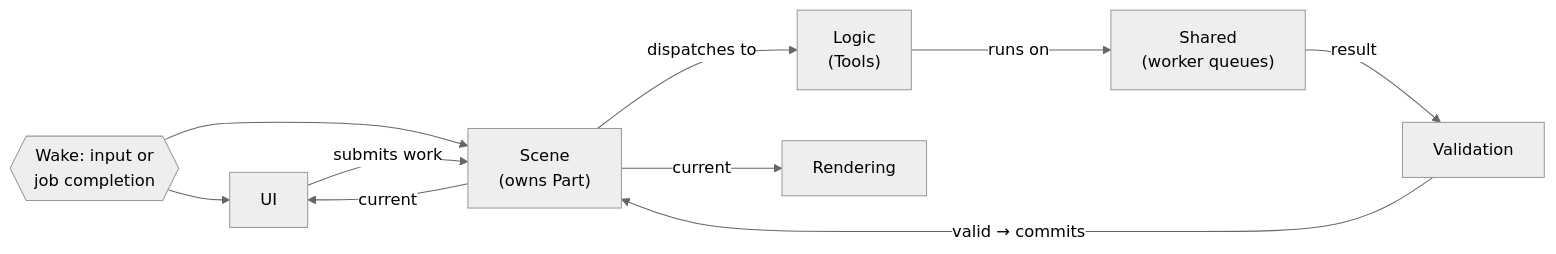
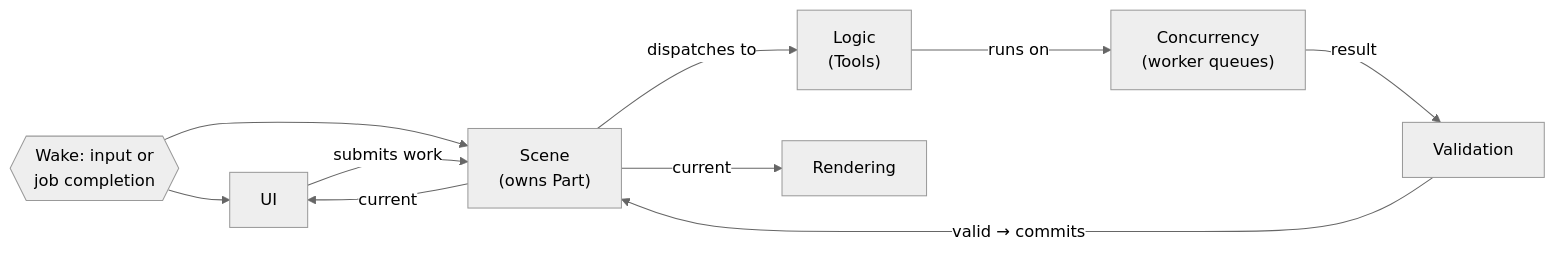
The first of 6 diagrams in docs/architecture.md (NikolaiIFedorov/3d-print-analyser), drawn with Mermaid (neutral theme) before and after one commit. The commit also changed other lines of this file and 2 other files, not shown here.

````diff
--- a/docs/architecture.md
+++ b/docs/architecture.md
@@ -70,20 +54,20 @@
 ```mermaid
 flowchart LR
     Wake{{"Wake: input or<br/>job completion"}}
     UI["UI"]
     Scene["Scene<br/>(owns Part)"]
     Logic["Logic<br/>(Tools)"]
-    Shared["Shared<br/>(worker queues)"]
+    Concurrency["Concurrency<br/>(worker queues)"]
     Validation["Validation"]
     Rendering["Rendering"]
 
     Wake --> UI
     Wake --> Scene
     UI -- "submits work" --> Scene
     Scene -- "dispatches to" --> Logic
-    Logic -- "runs on" --> Shared
-    Shared -- "result" --> Validation
+    Logic -- "runs on" --> Concurrency
+    Concurrency -- "result" --> Validation
     Validation -- "valid → commits" --> Scene
     Scene -- "current" --> Rendering
     Scene -- "current" --> UI
 ```
````
